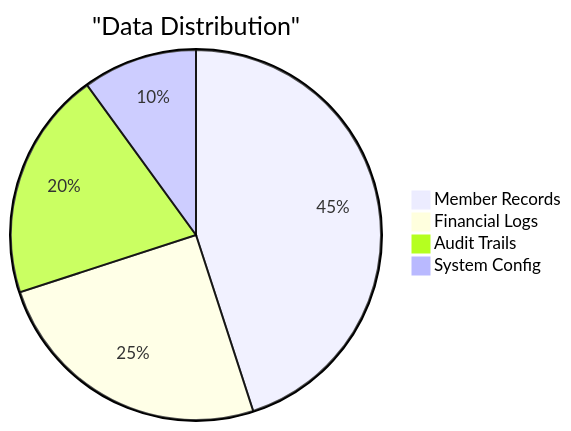
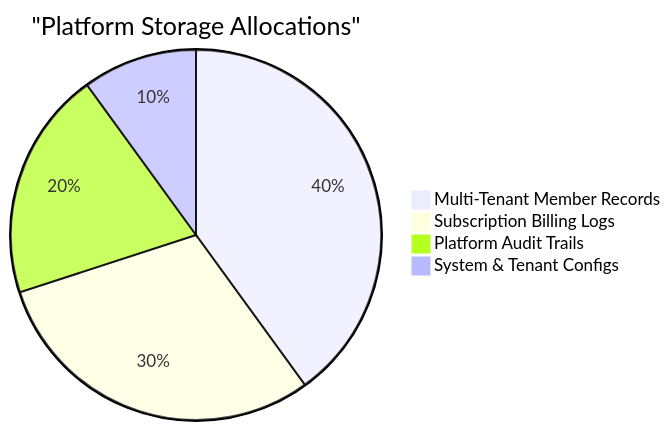
Before and after one commit to Eternalcodertanishq3/Advanced-Gym-Portal: the second of 2 diagrams in docs/super-admin.md, drawn with Mermaid. The commit also changed other lines of this file and 1 other file, not shown here.

Commit message:
docs: update README and Super Admin modules documentation for multi-tenancy and dynamic localization

````diff
--- a/docs/super-admin.md
+++ b/docs/super-admin.md
@@ -68,7 +66,7 @@
 ```mermaid
-pie title "Data Distribution"
-    "Member Records" : 45
-    "Financial Logs" : 25
-    "Audit Trails" : 20
-    "System Config" : 10
+pie title "Platform Storage Allocations"
+    "Multi-Tenant Member Records" : 40
+    "Subscription Billing Logs" : 30
+    "Platform Audit Trails" : 20
+    "System & Tenant Configs" : 10
 ```
````
